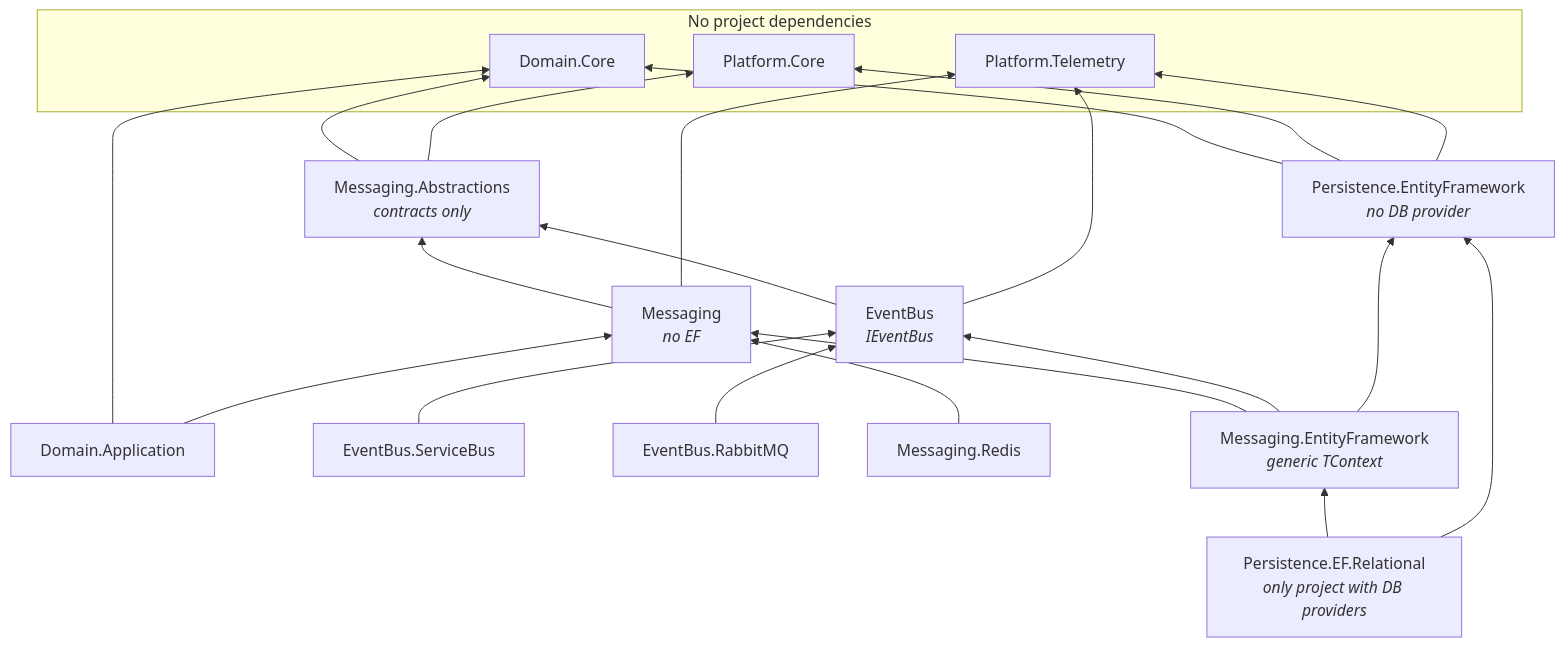
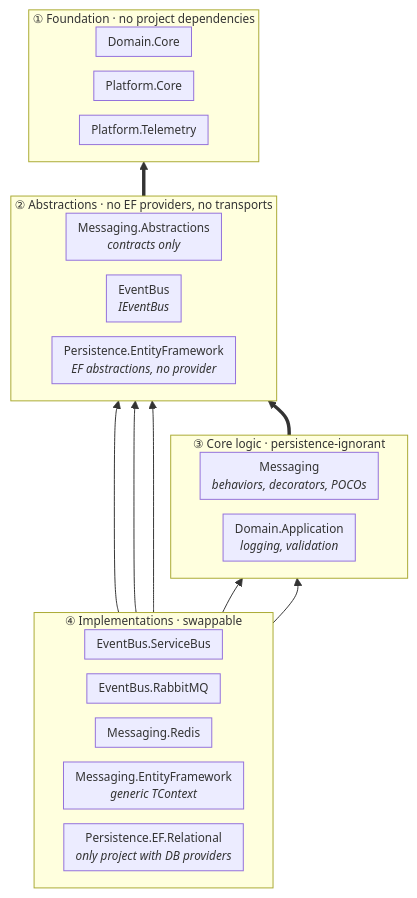
One commit to miquelalcaraz/Labs.ServicePlatform changed the third of 4 diagrams in README.md. Above: the diagram before and after it, drawn with Mermaid. The commit also changed other lines of this file, not shown here.

Commit message:
docs: clarify layered architecture
Update the README diagram and wording to better separate Foundation, Abstractions, Core logic, and Implementations; clarify dependency direction, shared Platform.Telemetry, and the EF bridge for Messaging.EntityFramework.

````diff
--- a/README.md
+++ b/README.md
@@ -130,20 +130,41 @@
 ```mermaid
+%%{init: {"themeVariables": {"fontSize": "12px"}, "flowchart": {"nodeSpacing": 15, "rankSpacing": 35, "padding": 6}}}%%
 flowchart BT
-    subgraph Pure["No project dependencies"]
+    subgraph F["① Foundation · no project dependencies"]
+        direction LR
         DC["Domain.Core"]
         PC["Platform.Core"]
         TEL["Platform.Telemetry"]
     end
 
-    ABS["Messaging.Abstractions<br/><i>contracts only</i>"] --> DC & PC
-    MSG["Messaging<br/><i>no EF</i>"] --> ABS & TEL
-    EB["EventBus<br/><i>IEventBus</i>"] --> ABS & TEL
-    PEF["Persistence.EntityFramework<br/><i>no DB provider</i>"] --> DC & PC & TEL
-    DA["Domain.Application"] --> DC & MSG
+    subgraph C["② Abstractions · no EF providers, no transports"]
+        direction LR
+        ABS["Messaging.Abstractions<br/><i>contracts only</i>"]
+        EB["EventBus<br/><i>IEventBus</i>"]
+        PEF["Persistence.EntityFramework<br/><i>EF abstractions, no provider</i>"]
+    end
 
-    SB["EventBus.ServiceBus"] --> EB
-    RMQ["EventBus.RabbitMQ"] --> EB
-    RED["Messaging.Redis"] --> MSG
-    MEF["Messaging.EntityFramework<br/><i>generic TContext</i>"] --> MSG & EB & PEF
-    REL["Persistence.EF.Relational<br/><i>only project with DB providers</i>"] --> MEF & PEF
+    subgraph L["③ Core logic · persistence-ignorant"]
+        direction LR
+        MSG["Messaging<br/><i>behaviors, decorators, POCOs</i>"]
+        DA["Domain.Application<br/><i>logging, validation</i>"]
+    end
+
+    subgraph I["④ Implementations · swappable"]
+        direction LR
+        SB["EventBus.ServiceBus"]
+        RMQ["EventBus.RabbitMQ"]
+        RED["Messaging.Redis"]
+        MEF["Messaging.EntityFramework<br/><i>generic TContext</i>"]
+        REL["Persistence.EF.Relational<br/><i>only project with DB providers</i>"]
+    end
+
+    C ==> F
+    L ==> C
+
+    SB --> EB
+    RMQ --> EB
+    RED --> MSG
+    MEF --> MSG
+    REL --> PEF
 ```
````
